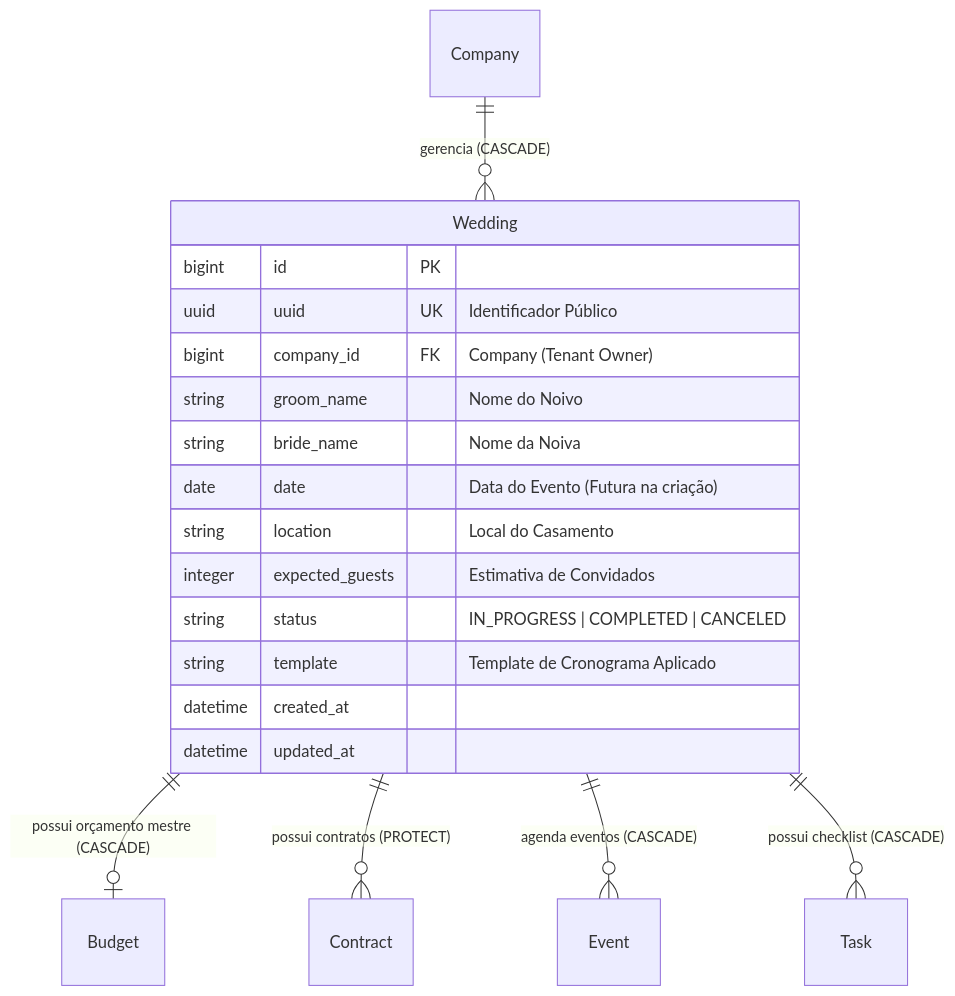
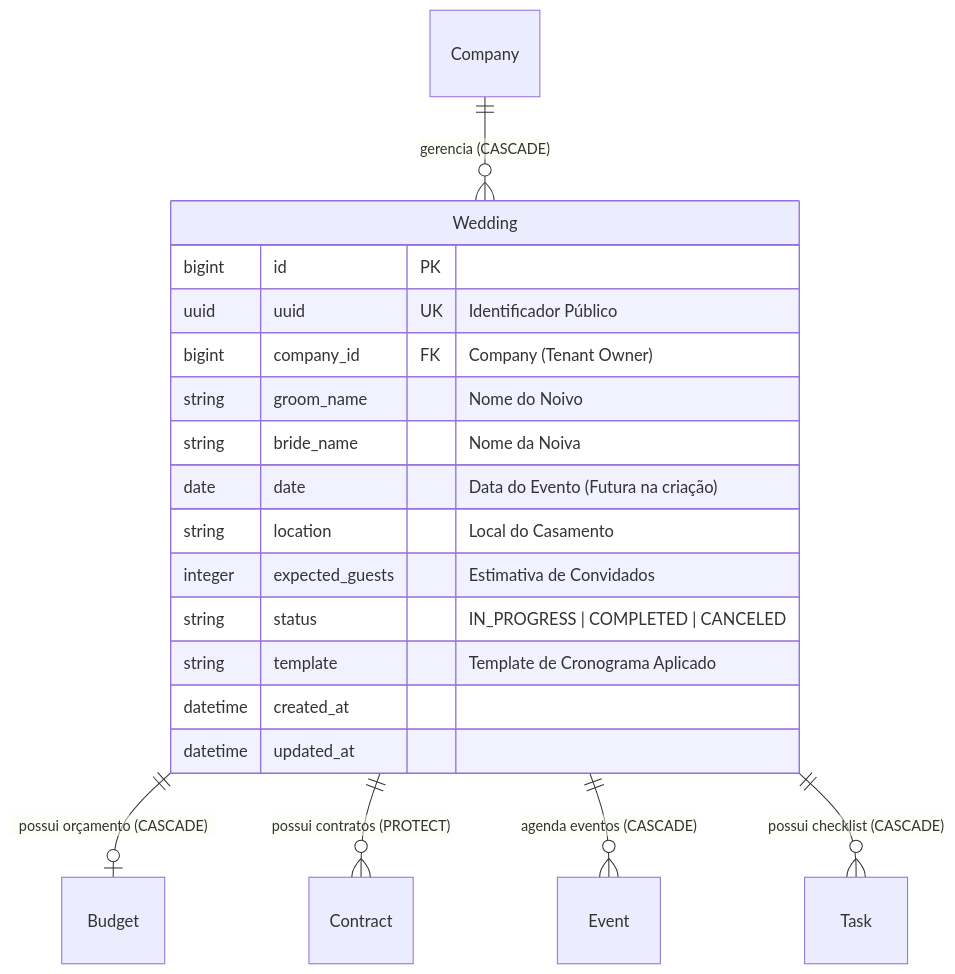
One commit to Rafaelp122/wedding_management changed the second of 2 diagrams in docs/architecture/domains/weddings-domain.md. Above: the diagram before and after it, drawn with Mermaid. The commit also changed other lines of this file and 107 other files, not shown here.

````diff
--- a/docs/architecture/domains/weddings-domain.md
+++ b/docs/architecture/domains/weddings-domain.md
@@ -18,23 +40,23 @@
 ```mermaid
 erDiagram
     Company ||--o{ Wedding : "gerencia (CASCADE)"
-    Wedding ||--o| Budget : "possui orçamento mestre (CASCADE)"
+    Wedding ||--o| Budget : "possui orçamento (CASCADE)"
     Wedding ||--o{ Contract : "possui contratos (PROTECT)"
     Wedding ||--o{ Event : "agenda eventos (CASCADE)"
     Wedding ||--o{ Task : "possui checklist (CASCADE)"
 
     Wedding {
         bigint id PK
         uuid uuid UK "Identificador Público"
         bigint company_id FK "Company (Tenant Owner)"
         string groom_name "Nome do Noivo"
         string bride_name "Nome da Noiva"
         date date "Data do Evento (Futura na criação)"
         string location "Local do Casamento"
         integer expected_guests "Estimativa de Convidados"
         string status "IN_PROGRESS | COMPLETED | CANCELED"
         string template "Template de Cronograma Aplicado"
         datetime created_at
         datetime updated_at
     }
 ```
````
